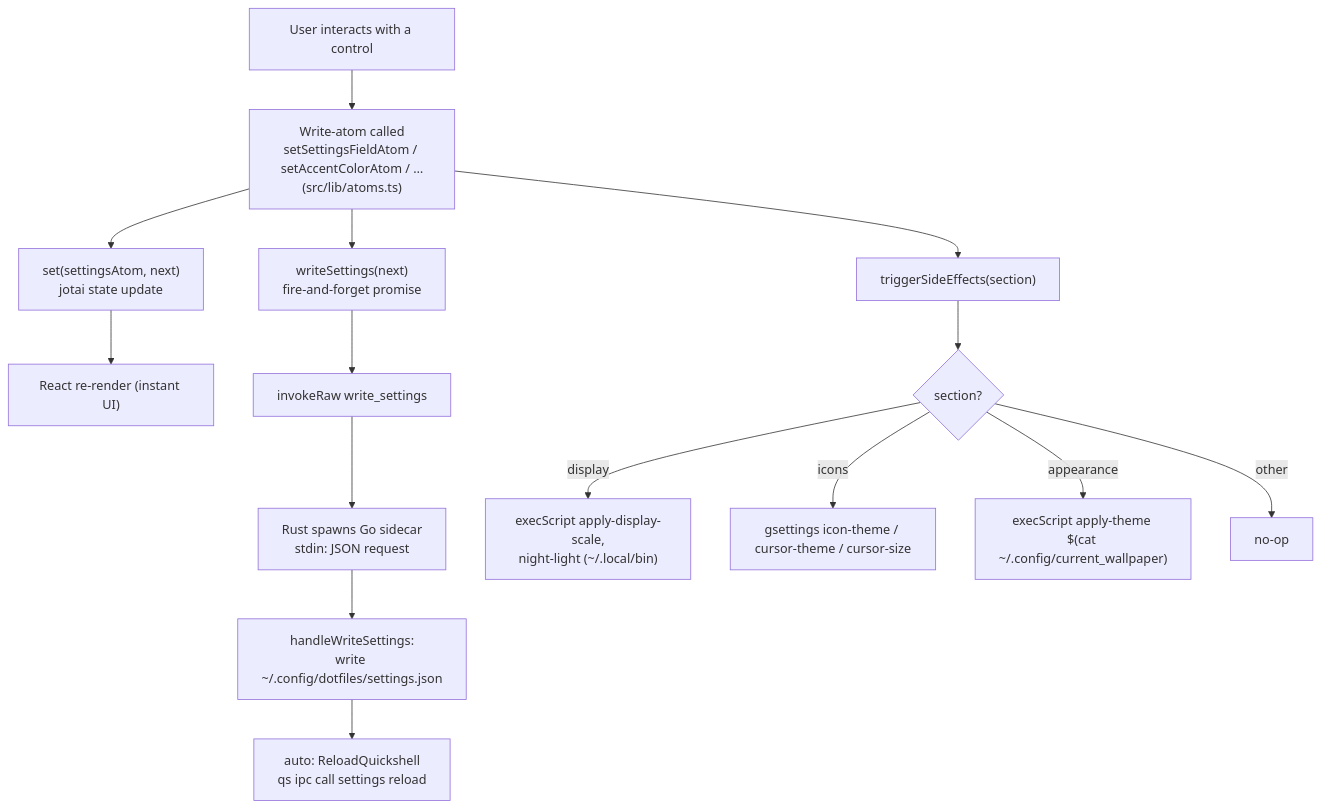
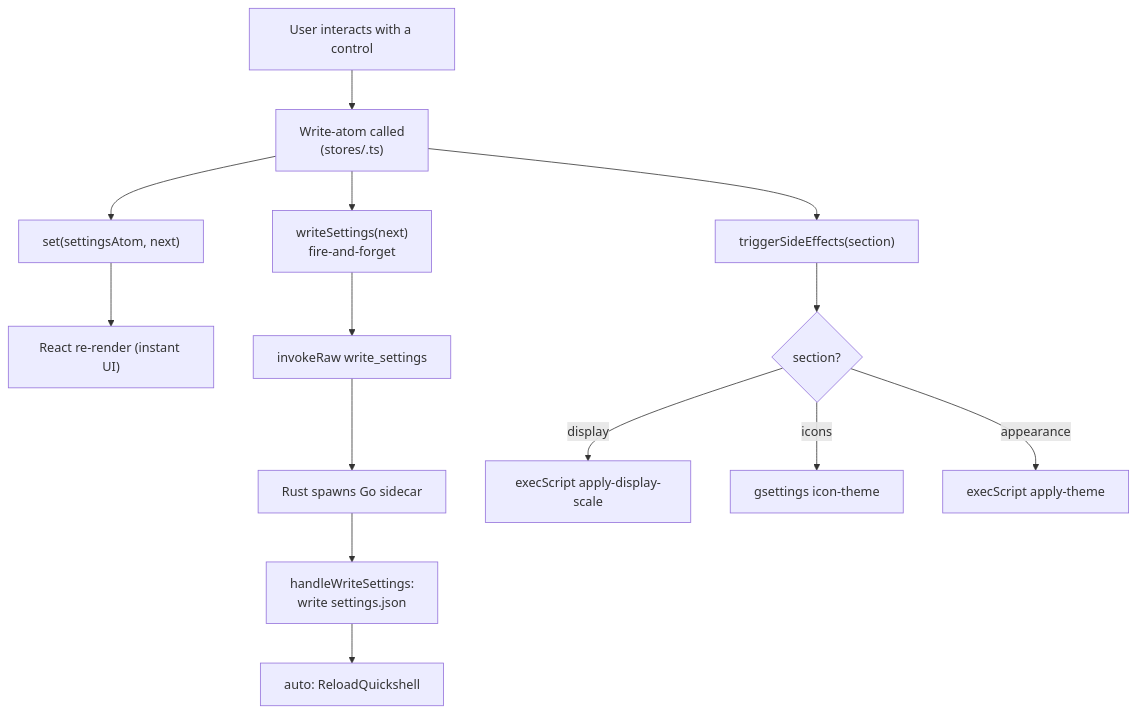
Before and after one commit to Lunga93/niri-settings: the second of 3 diagrams in docs/02 Execution Flow.md, drawn with Mermaid. The commit also changed other lines of this file and 17 other files, not shown here.

````diff
--- a/docs/02 Execution Flow.md
+++ b/docs/02 Execution Flow.md
@@ -40,17 +35,16 @@
 ```mermaid
 flowchart TD
-    A["User interacts with a control"] --> B["Write-atom called<br/>setSettingsFieldAtom / setAccentColorAtom / …<br/>(src/lib/atoms.ts)"]
-    B --> C["set(settingsAtom, next)<br/>jotai state update"]
+    A["User interacts with a control"] --> B["Write-atom called<br/>(stores/<domain>.ts)"]
+    B --> C["set(settingsAtom, next)"]
     C --> D["React re-render (instant UI)"]
-    B --> E["writeSettings(next)<br/>fire-and-forget promise"]
+    B --> E["writeSettings(next)<br/>fire-and-forget"]
     B --> F["triggerSideEffects(section)"]
     E --> G["invokeRaw write_settings"]
-    G --> H["Rust spawns Go sidecar<br/>stdin: JSON request"]
-    H --> I["handleWriteSettings:<br/>write ~/.config/dotfiles/settings.json"]
-    I --> J["auto: ReloadQuickshell<br/>qs ipc call settings reload"]
+    G --> H["Rust spawns Go sidecar"]
+    H --> I["handleWriteSettings:<br/>write settings.json"]
+    I --> J["auto: ReloadQuickshell"]
     F --> K{"section?"}
-    K -- display --> L["execScript apply-display-scale,<br/>night-light (~/.local/bin)"]
-    K -- icons --> M["gsettings icon-theme / cursor-theme / cursor-size"]
-    K -- appearance --> N["execScript apply-theme $(cat ~/.config/current_wallpaper)"]
-    K -- other --> O["no-op"]
+    K -- display --> L["execScript apply-display-scale"]
+    K -- icons --> M["gsettings icon-theme"]
+    K -- appearance --> N["execScript apply-theme"]
 ```
````
